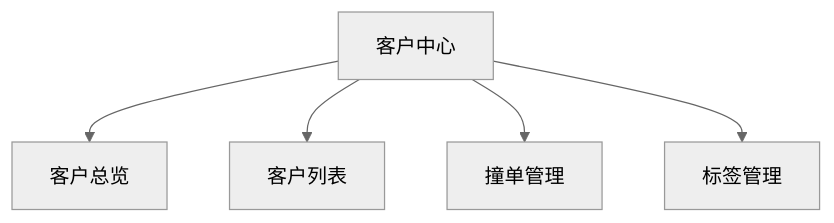
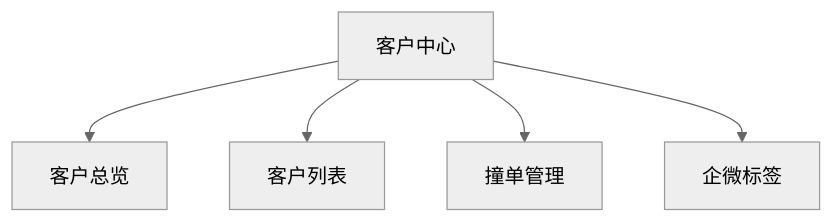
Before and after one commit to freya-pr/heshu-boss-demo: the second of 3 diagrams in docs/product/合数BOSS V1.0客户中心需求文档.md, drawn with Mermaid (neutral theme). The commit also changed other lines of this file and 17 other files, not shown here.

````diff
--- a/docs/product/合数BOSS V1.0客户中心需求文档.md
+++ b/docs/product/合数BOSS V1.0客户中心需求文档.md
@@ -231,7 +228,7 @@
 ```mermaid
 flowchart TD
     CUSTOMER["客户中心"] --> OVERVIEW["客户总览"]
     CUSTOMER --> LIST["客户列表"]
     CUSTOMER --> COLLISION["撞单管理"]
-    CUSTOMER --> TAG["标签管理"]
+    CUSTOMER --> TAG["企微标签"]
 ```
````
